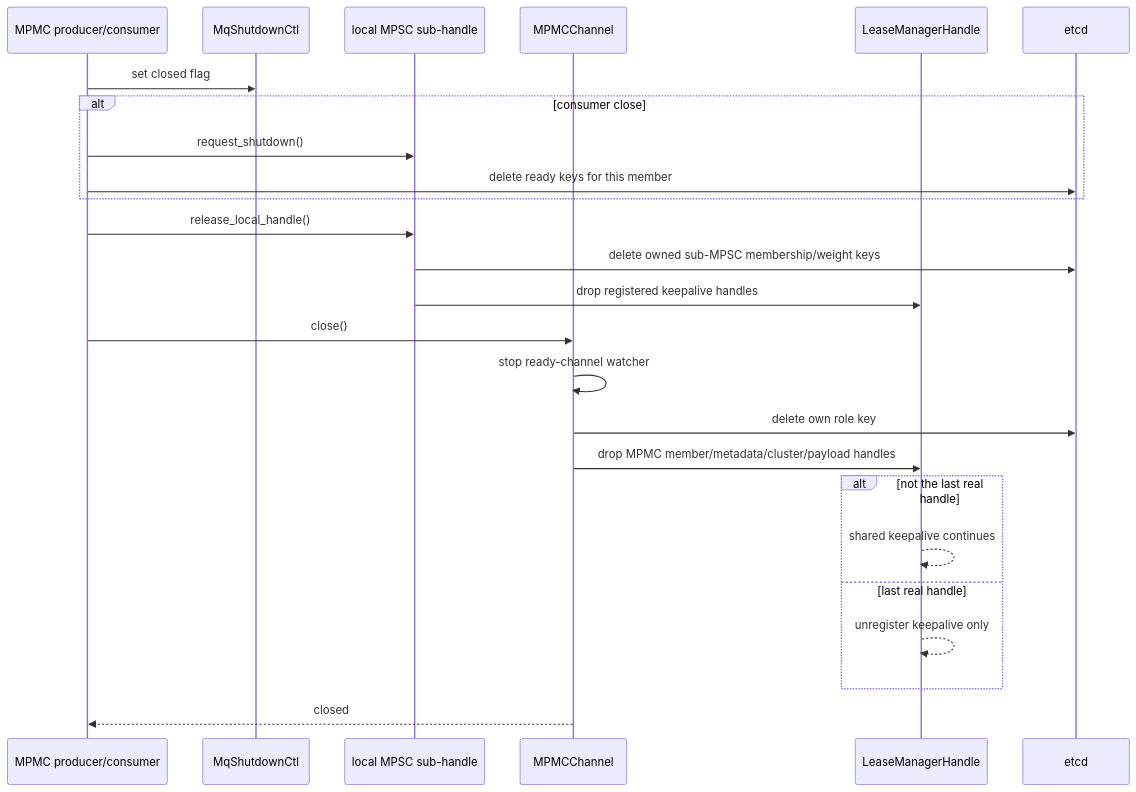
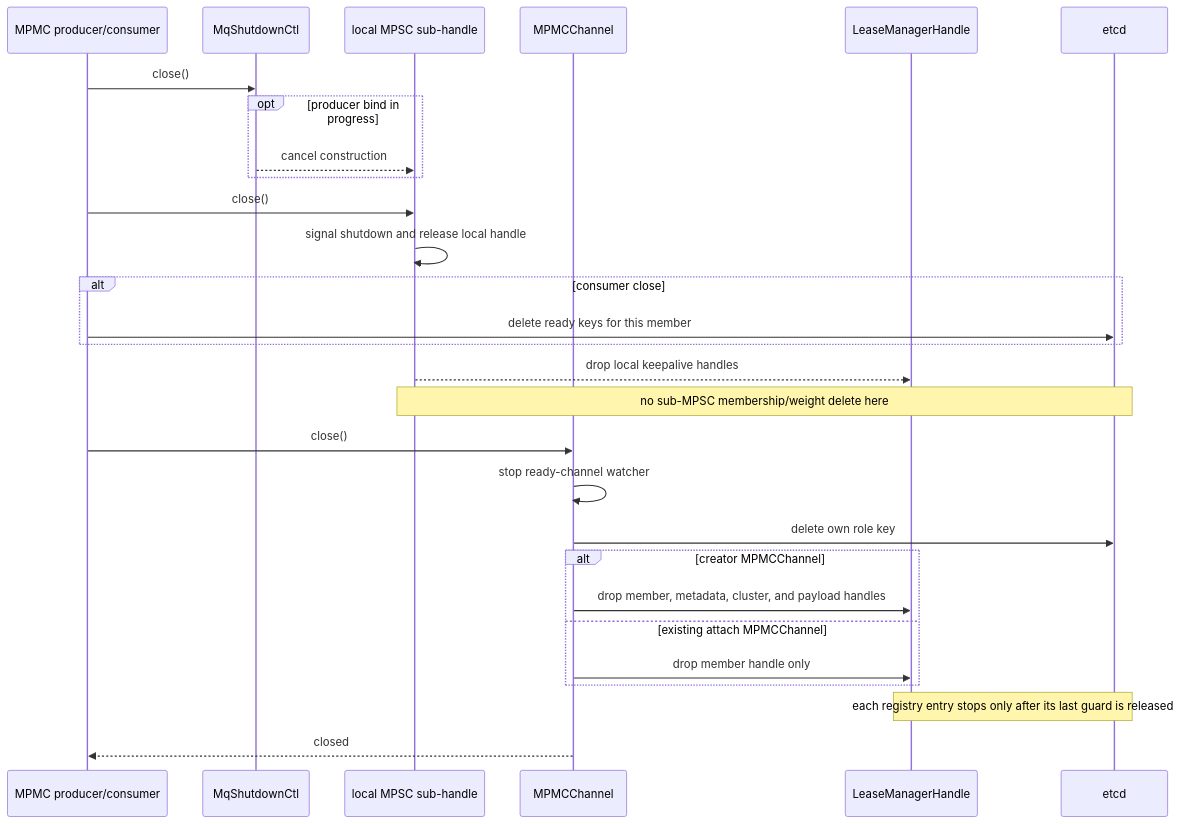
The ninth of 9 diagrams in fluxon_doc_cn/design/mq_1_生命周期与租约设计.md (Tele-AI/Fluxon), drawn with Mermaid before and after one commit. The commit also changed other lines of this file and 90 other files, not shown here.

````diff
--- a/fluxon_doc_cn/design/mq_1_生命周期与租约设计.md
+++ b/fluxon_doc_cn/design/mq_1_生命周期与租约设计.md
@@ -351,28 +497,31 @@
 ```mermaid
 sequenceDiagram
     participant Outer as MPMC producer/consumer
     participant S as MqShutdownCtl
     participant Sub as local MPSC sub-handle
     participant Ch as MPMCChannel
     participant LM as LeaseManagerHandle
     participant E as etcd
 
-    Outer->>S: set closed flag
+    Outer->>S: close()
+    opt producer bind in progress
+        S-->>Sub: cancel construction
+    end
+    Outer->>Sub: close()
+    Sub->>Sub: signal shutdown and release local handle
     alt consumer close
-        Outer->>Sub: request_shutdown()
         Outer->>E: delete ready keys for this member
     end
-    Outer->>Sub: release_local_handle()
-    Sub->>E: delete owned sub-MPSC membership/weight keys
-    Sub->>LM: drop registered keepalive handles
+    Sub-->>LM: drop local keepalive handles
+    Note over Sub,E: no sub-MPSC membership/weight delete here
     Outer->>Ch: close()
     Ch->>Ch: stop ready-channel watcher
     Ch->>E: delete own role key
-    Ch->>LM: drop MPMC member/metadata/cluster/payload handles
-    alt not the last real handle
-        LM-->>LM: shared keepalive continues
-    else last real handle
-        LM-->>LM: unregister keepalive only
+    alt creator MPMCChannel
+        Ch->>LM: drop member, metadata, cluster, and payload handles
+    else existing attach MPMCChannel
+        Ch->>LM: drop member handle only
     end
+    Note over LM,E: each registry entry stops only after its last guard is released
     Ch-->>Outer: closed
 ```
````
